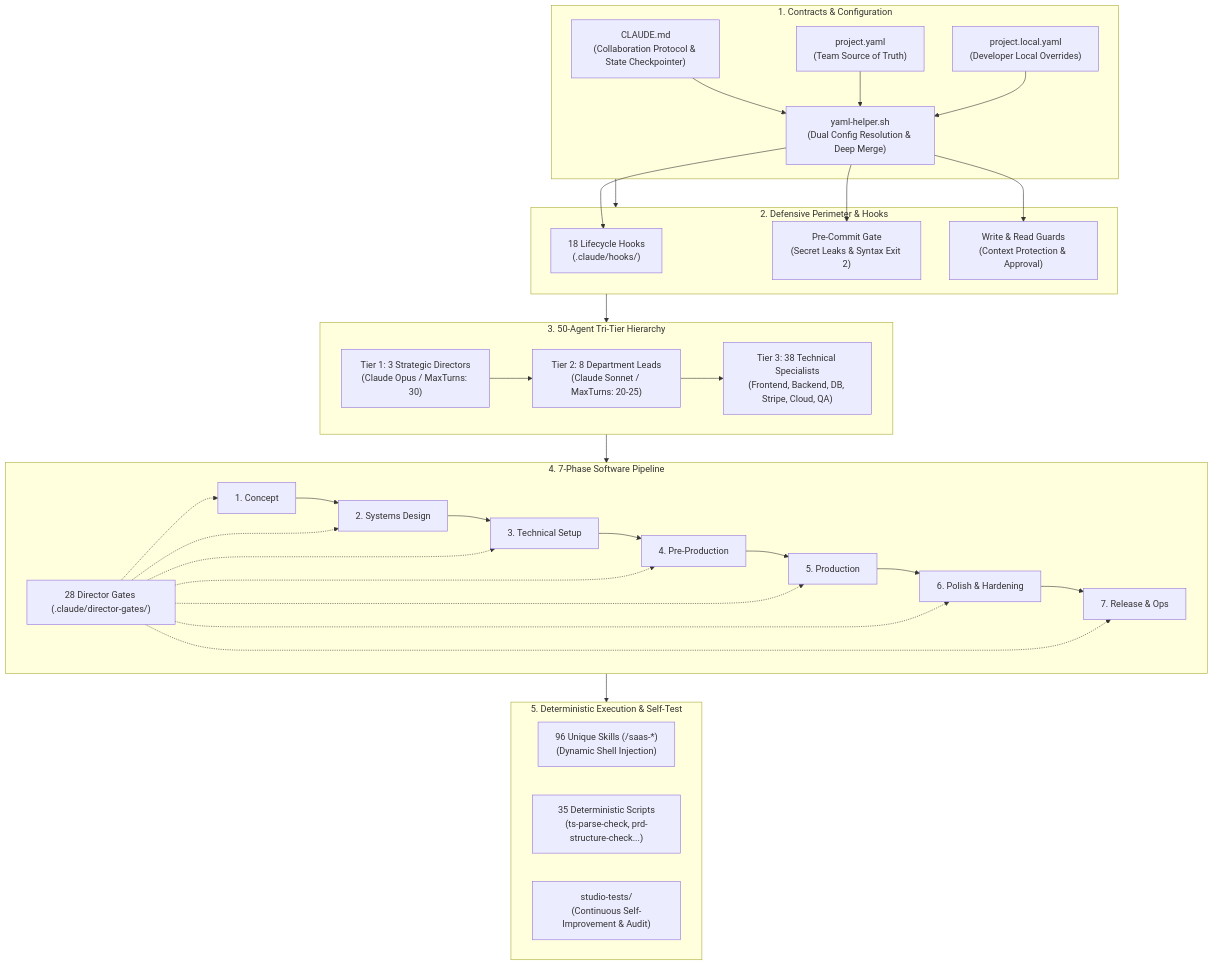
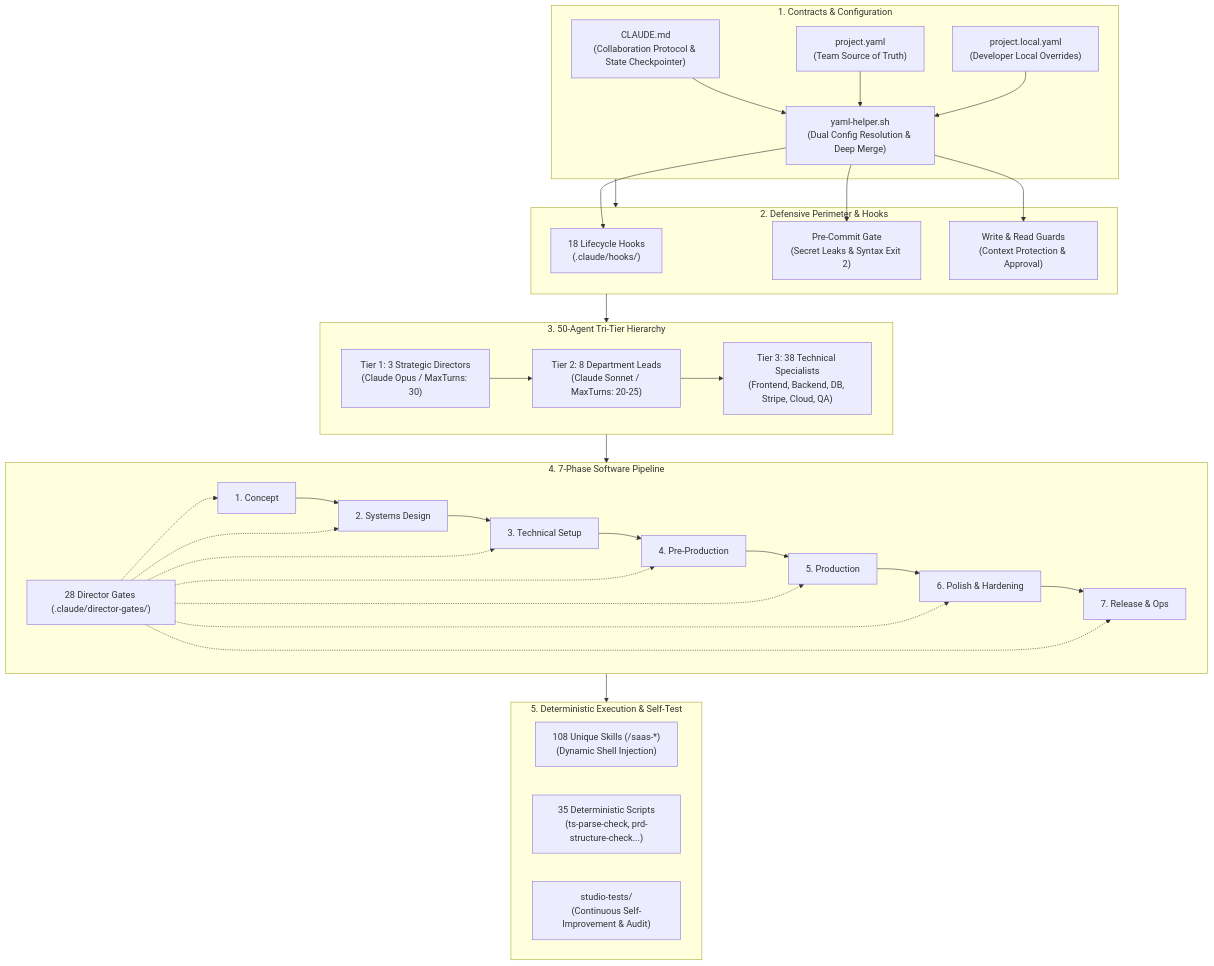
The first of 2 diagrams in README.en.md (Basinfy/Basinfy-SaaS-Studio), drawn with Mermaid before and after one commit. The commit also changed other lines of this file and 35 other files, not shown here.

````diff
--- a/README.en.md
+++ b/README.en.md
@@ -150,52 +161,52 @@
 ```mermaid
 flowchart TD
     subgraph ConfigLayer["1. Contracts & Configuration"]
         CM["CLAUDE.md<br/>(Collaboration Protocol & State Checkpointer)"]
         PY["project.yaml<br/>(Team Source of Truth)"]
         PLY["project.local.yaml<br/>(Developer Local Overrides)"]
         YH["yaml-helper.sh<br/>(Dual Config Resolution & Deep Merge)"]
         CM --> YH
         PY --> YH
         PLY --> YH
     end
 
     subgraph SecurityLayer["2. Defensive Perimeter & Hooks"]
         YH --> HK["18 Lifecycle Hooks<br/>(.claude/hooks/)"]
         YH --> DG["Pre-Commit Gate<br/>(Secret Leaks & Syntax Exit 2)"]
         YH --> WG["Write & Read Guards<br/>(Context Protection & Approval)"]
     end
 
     subgraph AgentLayer["3. 50-Agent Tri-Tier Hierarchy"]
         T1["Tier 1: 3 Strategic Directors<br/>(Claude Opus / MaxTurns: 30)"]
         T2["Tier 2: 8 Department Leads<br/>(Claude Sonnet / MaxTurns: 20-25)"]
         T3["Tier 3: 38 Technical Specialists<br/>(Frontend, Backend, DB, Stripe, Cloud, QA)"]
         T1 --> T2 --> T3
     end
 
     subgraph PipelineLayer["4. 7-Phase Software Pipeline"]
         P1["1. Concept"] --> P2["2. Systems Design"]
         P2 --> P3["3. Technical Setup"]
         P3 --> P4["4. Pre-Production"]
         P4 --> P5["5. Production"]
         P5 --> P6["6. Polish & Hardening"]
         P6 --> P7["7. Release & Ops"]
         GATES["28 Director Gates (.claude/director-gates/)"] -.-> P1
         GATES -.-> P2
         GATES -.-> P3
         GATES -.-> P4
         GATES -.-> P5
         GATES -.-> P6
         GATES -.-> P7
     end
 
     subgraph ExecutionLayer["5. Deterministic Execution & Self-Test"]
-        SK["96 Unique Skills (/saas-*)<br/>(Dynamic Shell Injection)"]
+        SK["108 Unique Skills (/saas-*)<br/>(Dynamic Shell Injection)"]
         SC["35 Deterministic Scripts<br/>(ts-parse-check, prd-structure-check...)"]
         TESTS["studio-tests/<br/>(Continuous Self-Improvement & Audit)"]
     end
 
     ConfigLayer --> SecurityLayer
     SecurityLayer --> AgentLayer
     AgentLayer --> PipelineLayer
     PipelineLayer --> ExecutionLayer
 ```
````
